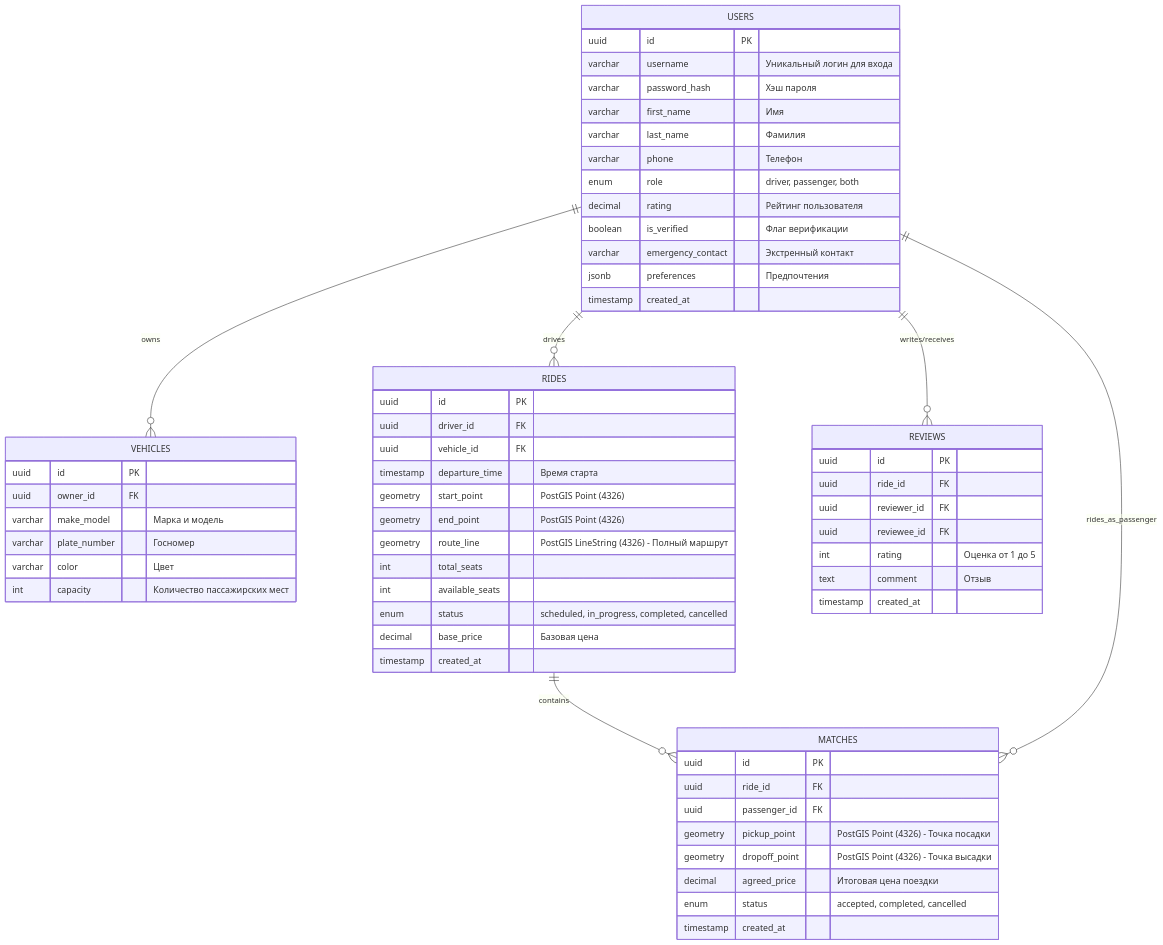
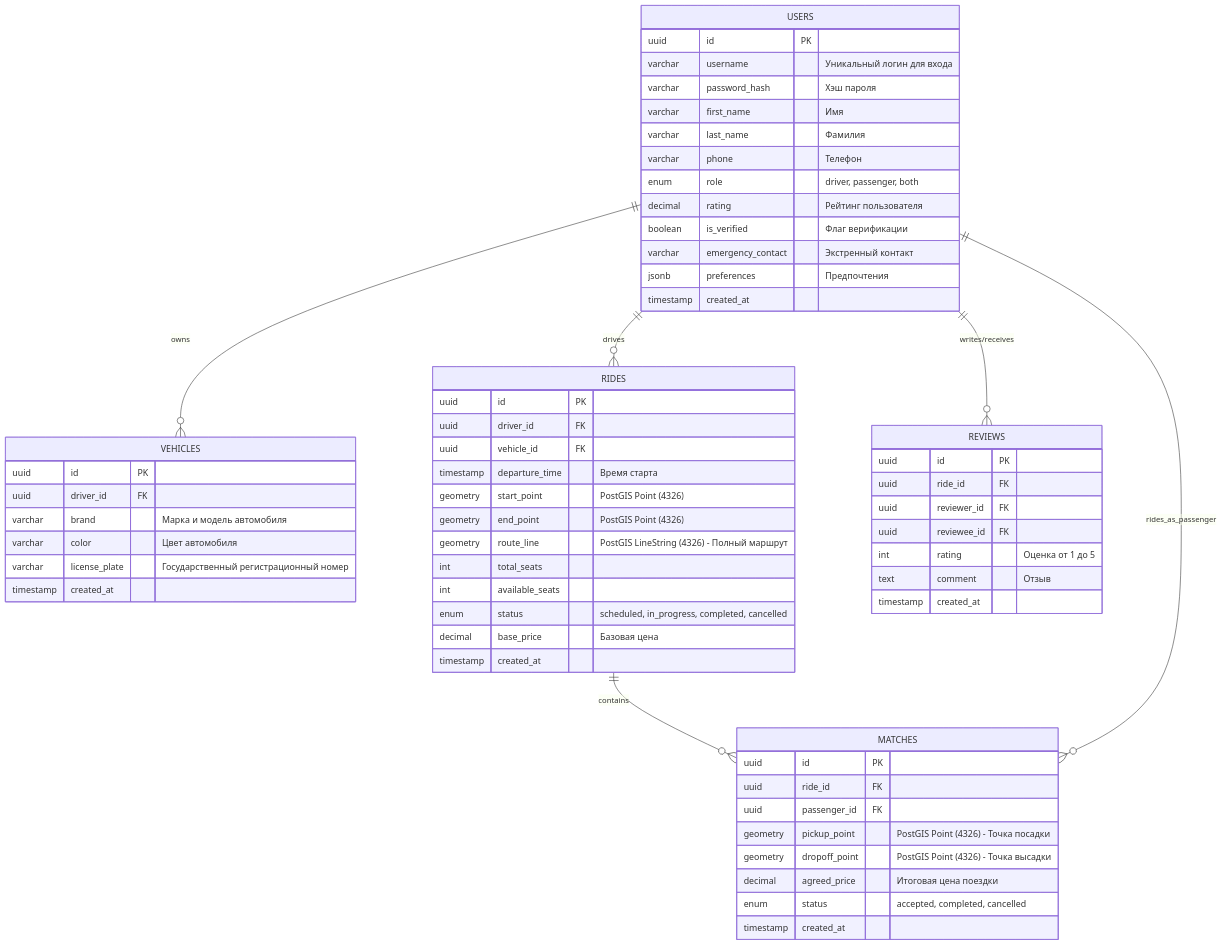
Before and after one commit to MusorDrop/taksi: the diagram in backend/README.md, drawn with Mermaid. The commit also changed other lines of this file and 2 other files, not shown here.

````diff
--- a/backend/README.md
+++ b/backend/README.md
@@ -143,68 +184,68 @@
 ```mermaid
 erDiagram
     USERS ||--o{ VEHICLES : owns
     USERS ||--o{ RIDES : "drives"
     USERS ||--o{ REVIEWS : "writes/receives"
     RIDES ||--o{ MATCHES : "contains"
     USERS ||--o{ MATCHES : "rides_as_passenger"
 
     USERS {
         uuid id PK
         varchar username "Уникальный логин для входа"
         varchar password_hash "Хэш пароля"
         varchar first_name "Имя"
         varchar last_name "Фамилия"
         varchar phone "Телефон"
         enum role "driver, passenger, both"
         decimal rating "Рейтинг пользователя"
         boolean is_verified "Флаг верификации"
         varchar emergency_contact "Экстренный контакт"
         jsonb preferences "Предпочтения"
         timestamp created_at
     }
 
     VEHICLES {
         uuid id PK
-        uuid owner_id FK
-        varchar make_model "Марка и модель"
-        varchar plate_number "Госномер"
-        varchar color "Цвет"
-        int capacity "Количество пассажирских мест"
+        uuid driver_id FK
+        varchar brand "Марка и модель автомобиля"
+        varchar color "Цвет автомобиля"
+        varchar license_plate "Государственный регистрационный номер"
+        timestamp created_at
     }
 
     RIDES {
         uuid id PK
         uuid driver_id FK
         uuid vehicle_id FK
         timestamp departure_time "Время старта"
         geometry start_point "PostGIS Point (4326)"
         geometry end_point "PostGIS Point (4326)"
         geometry route_line "PostGIS LineString (4326) - Полный маршрут"
         int total_seats
         int available_seats
         enum status "scheduled, in_progress, completed, cancelled"
         decimal base_price "Базовая цена"
         timestamp created_at
     }
 
     MATCHES {
         uuid id PK
         uuid ride_id FK
         uuid passenger_id FK
         geometry pickup_point "PostGIS Point (4326) - Точка посадки"
         geometry dropoff_point "PostGIS Point (4326) - Точка высадки"
         decimal agreed_price "Итоговая цена поездки"
         enum status "accepted, completed, cancelled"
         timestamp created_at
     }
 
     REVIEWS {
         uuid id PK
         uuid ride_id FK
         uuid reviewer_id FK
         uuid reviewee_id FK
         int rating "Оценка от 1 до 5"
         text comment "Отзыв"
         timestamp created_at
     }
 ```
````
